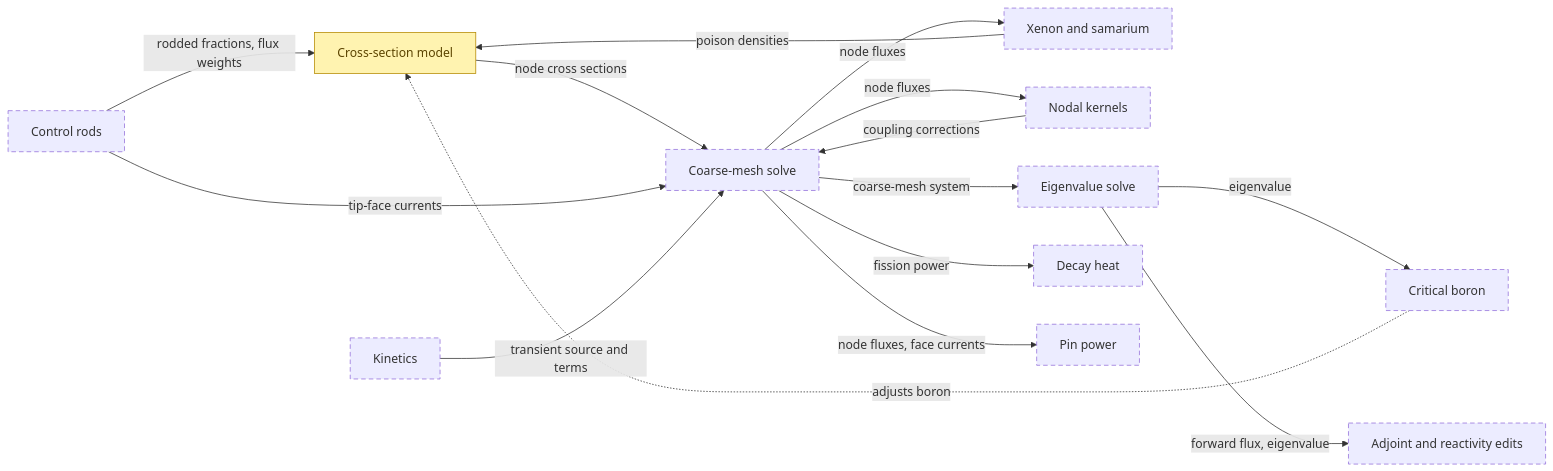
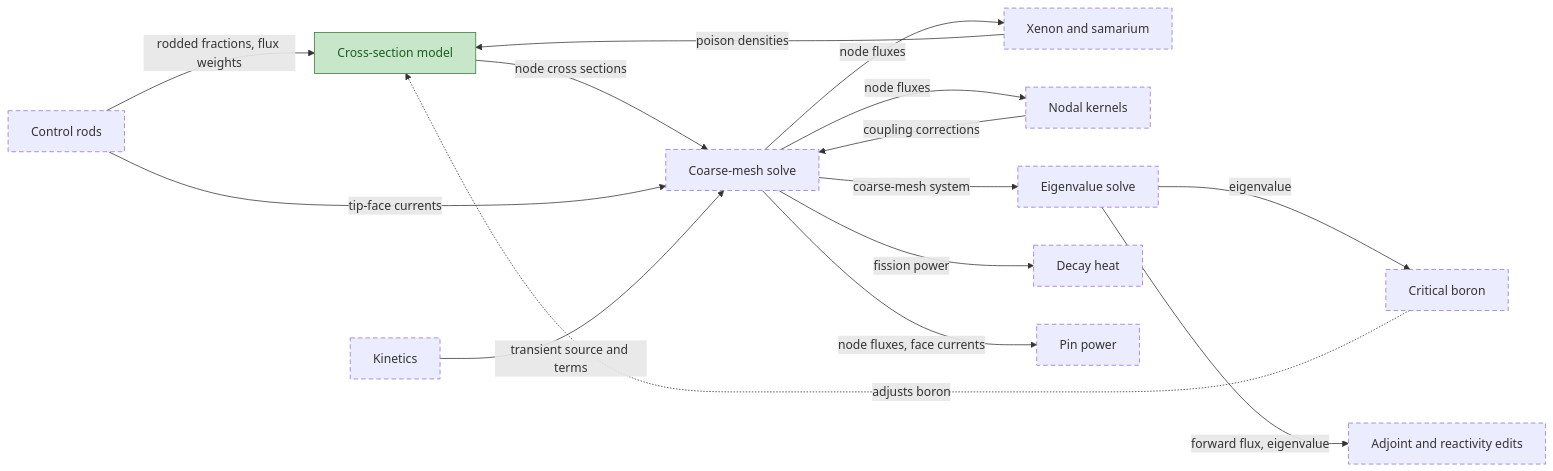
The fifth of 15 diagrams in Planning/DBC/CONCEPTS.md (aurja130/URUS), drawn with Mermaid before and after one commit. The commit also changed other lines of this file and 32 other files, not shown here.

First line of the commit message:
Finish 1.3: problem input reader, cross-section model, input writer

````diff
--- a/Planning/DBC/CONCEPTS.md
+++ b/Planning/DBC/CONCEPTS.md
@@ -132,23 +131,23 @@
 ```mermaid
 flowchart LR
 classDef implemented fill:#c8e6c9,stroke:#2e7d32,color:#1b5e20
 classDef partial fill:#fff3b0,stroke:#b58900,color:#5c4400
 classDef planned stroke-dasharray:6 4
 classDef external fill:#eeeeee,stroke:#9e9e9e,stroke-dasharray:1 3,color:#616161
 ControlRods["Control rods"] -->|rodded fractions, flux weights| CrossSectionModel["Cross-section model"]
 XenonSamarium["Xenon and samarium"] -->|poison densities| CrossSectionModel
 CrossSectionModel -->|node cross sections| CmfdSolve["Coarse-mesh solve"]
 NodalKernels["Nodal kernels"] -->|coupling corrections| CmfdSolve
 CmfdSolve -->|node fluxes| NodalKernels
 ControlRods -->|tip-face currents| CmfdSolve
 CmfdSolve -->|coarse-mesh system| EigenvalueSolve["Eigenvalue solve"]
 EigenvalueSolve -->|eigenvalue| CriticalBoron["Critical boron"]
 CriticalBoron -.->|adjusts boron| CrossSectionModel
 EigenvalueSolve -->|forward flux, eigenvalue| AdjointEdits["Adjoint and reactivity edits"]
 Kinetics["Kinetics"] -->|transient source and terms| CmfdSolve
 CmfdSolve -->|node fluxes| XenonSamarium
 CmfdSolve -->|fission power| DecayHeat["Decay heat"]
 CmfdSolve -->|node fluxes, face currents| PinPower["Pin power"]
 class ControlRods,XenonSamarium,CmfdSolve,NodalKernels,EigenvalueSolve,CriticalBoron,AdjointEdits,Kinetics,DecayHeat,PinPower planned
-class CrossSectionModel partial
+class CrossSectionModel implemented
 ```
````
